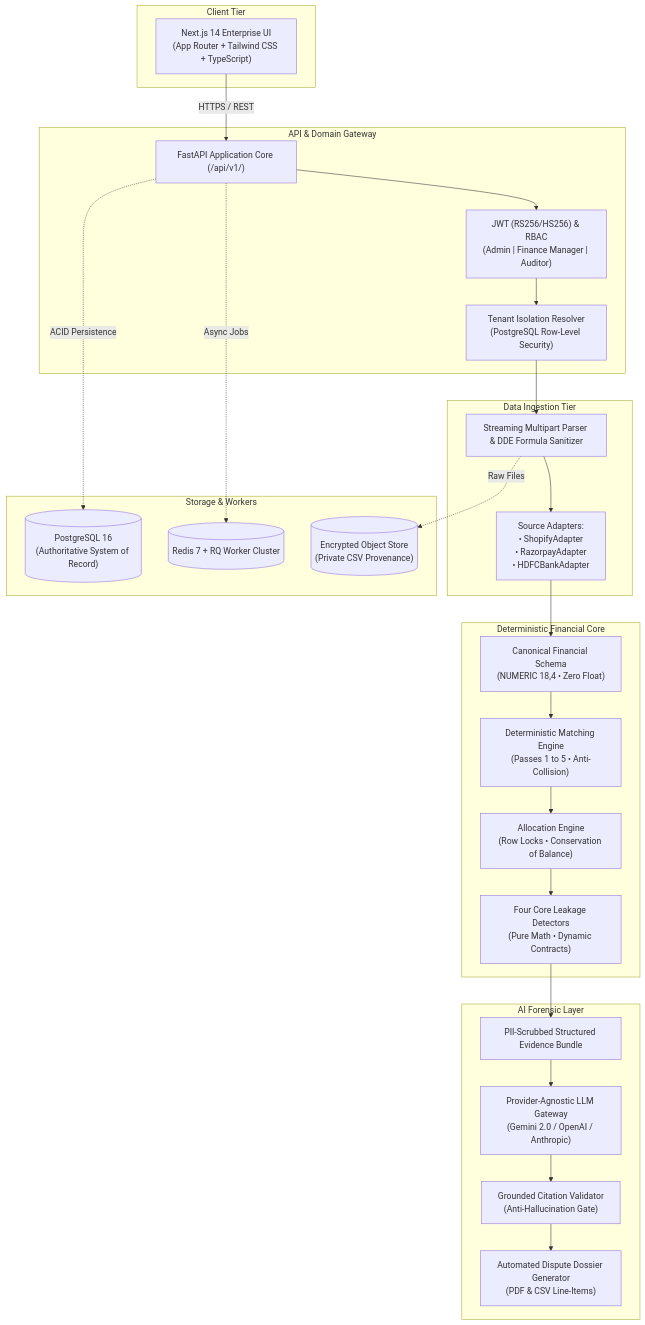
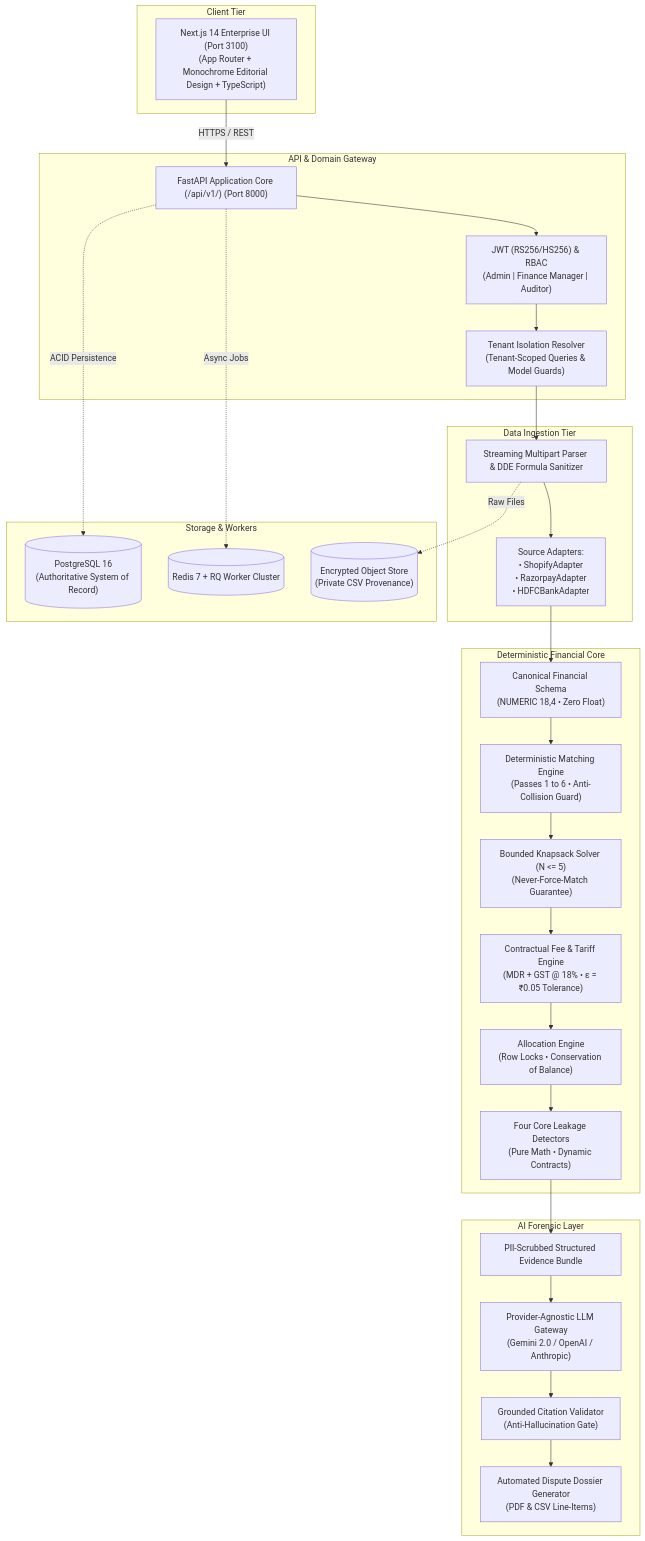
Before and after one commit to kit29-25bad095/Finwise: the diagram in README.md, drawn with Mermaid. The commit also changed other lines of this file, not shown here.

Commit message:
docs: update README with Phase 3 reconciliation engine, port 3100, and 49/49 test coverage

````diff
--- a/README.md
+++ b/README.md
@@ -66,48 +72,50 @@
 ```mermaid
 flowchart TD
     subgraph Client Tier
-        UI["Next.js 14 Enterprise UI\n(App Router + Tailwind CSS + TypeScript)"]
+        UI["Next.js 14 Enterprise UI (Port 3100)\n(App Router + Monochrome Editorial Design + TypeScript)"]
     end
 
     subgraph API & Domain Gateway
-        API["FastAPI Application Core (/api/v1/)"]
+        API["FastAPI Application Core (/api/v1/) (Port 8000)"]
         AUTH["JWT (RS256/HS256) & RBAC\n(Admin | Finance Manager | Auditor)"]
-        TENANT["Tenant Isolation Resolver\n(PostgreSQL Row-Level Security)"]
+        TENANT["Tenant Isolation Resolver\n(Tenant-Scoped Queries & Model Guards)"]
     end
 
     subgraph Data Ingestion Tier
         INGEST["Streaming Multipart Parser & DDE Formula Sanitizer"]
         ADAPT["Source Adapters:\n• ShopifyAdapter\n• RazorpayAdapter\n• HDFCBankAdapter"]
     end
 
     subgraph Deterministic Financial Core
         CANONICAL["Canonical Financial Schema\n(NUMERIC 18,4 • Zero Float)"]
-        RECON["Deterministic Matching Engine\n(Passes 1 to 5 • Anti-Collision)"]
+        RECON["Deterministic Matching Engine\n(Passes 1 to 6 • Anti-Collision Guard)"]
+        KNAPSACK["Bounded Knapsack Solver (N <= 5)\n(Never-Force-Match Guarantee)"]
+        FEE["Contractual Fee & Tariff Engine\n(MDR + GST @ 18% • ε = ₹0.05 Tolerance)"]
         ALLOC["Allocation Engine\n(Row Locks • Conservation of Balance)"]
         DETECTORS["Four Core Leakage Detectors\n(Pure Math • Dynamic Contracts)"]
     end
 
     subgraph Storage & Workers
         DB[("PostgreSQL 16\n(Authoritative System of Record)")]
         REDIS[("Redis 7 + RQ Worker Cluster")]
         S3[("Encrypted Object Store\n(Private CSV Provenance)")]
     end
 
     subgraph AI Forensic Layer
         BUNDLE["PII-Scrubbed Structured Evidence Bundle"]
         AI["Provider-Agnostic LLM Gateway\n(Gemini 2.0 / OpenAI / Anthropic)"]
         VAL["Grounded Citation Validator\n(Anti-Hallucination Gate)"]
         CLAIM["Automated Dispute Dossier Generator\n(PDF & CSV Line-Items)"]
     end
 
     UI -->|HTTPS / REST| API
     API --> AUTH --> TENANT
     TENANT --> INGEST --> ADAPT --> CANONICAL
-    CANONICAL --> RECON --> ALLOC
+    CANONICAL --> RECON --> KNAPSACK --> FEE --> ALLOC
     ALLOC --> DETECTORS
     DETECTORS --> BUNDLE --> AI --> VAL --> CLAIM
 
     API -.->|Async Jobs| REDIS
     API -.->|ACID Persistence| DB
     INGEST -.->|Raw Files| S3
 ```
````
